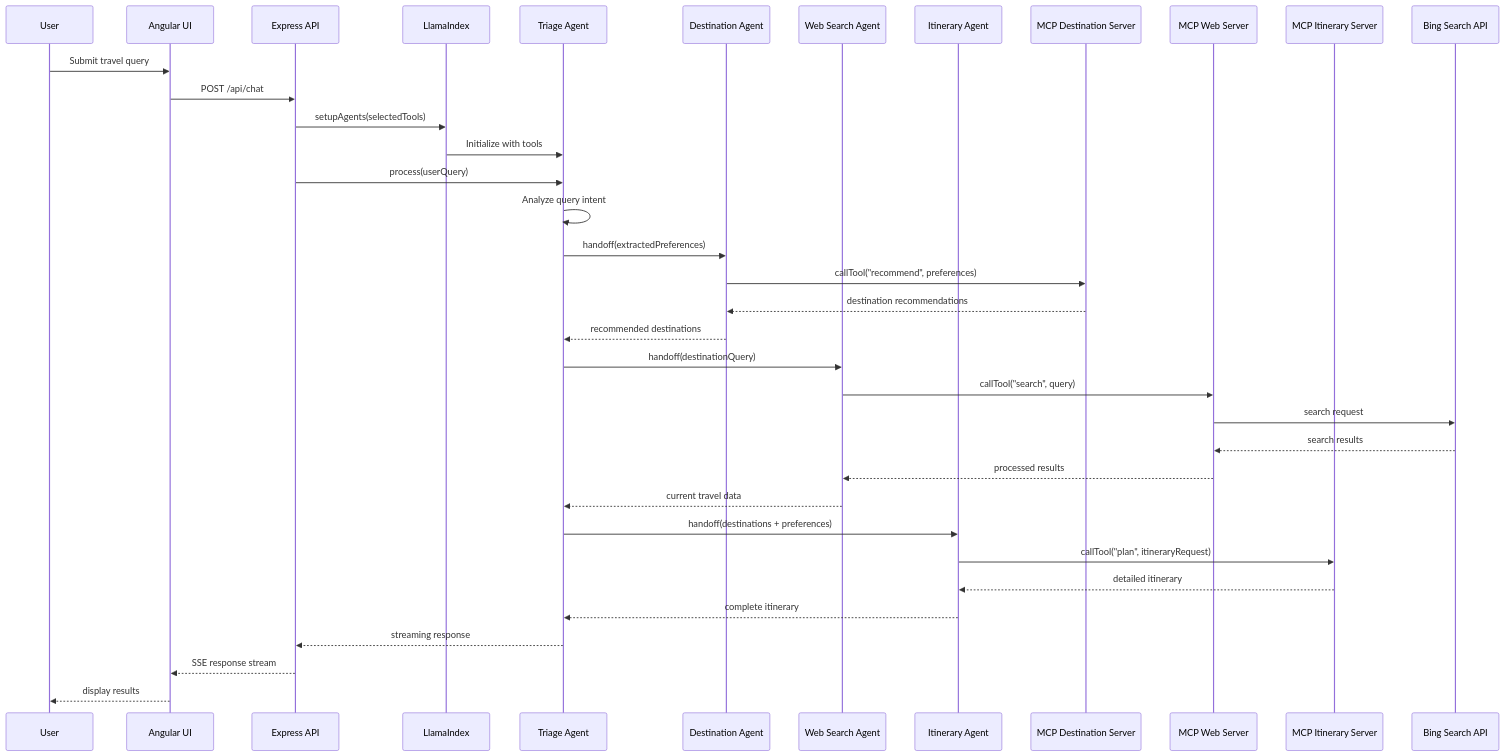
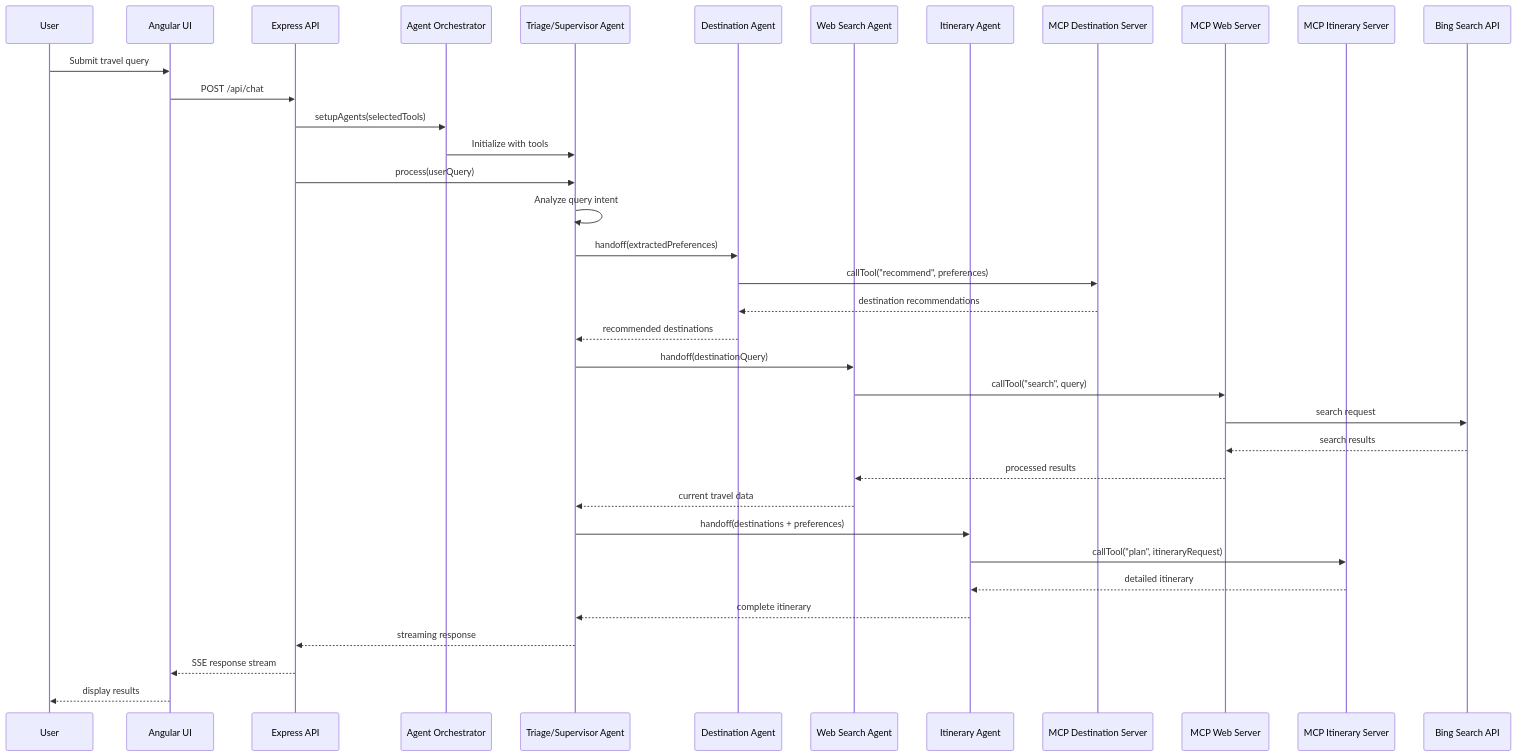
Before and after one commit to Azure-Samples/azure-ai-travel-agents: the first of 6 diagrams in docs/technical-architecture.md, drawn with Mermaid. The commit also changed other lines of this file and 7 other files, not shown here.

````diff
--- a/docs/technical-architecture.md
+++ b/docs/technical-architecture.md
@@ -506,44 +569,44 @@
 ```mermaid
 sequenceDiagram
     participant User
     participant UI as Angular UI
     participant API as Express API
-    participant Orchestrator as LlamaIndex
-    participant TriageAgent as Triage Agent
+    participant Orchestrator as Agent Orchestrator
+    participant TriageAgent as Triage/Supervisor Agent
     participant DestAgent as Destination Agent
     participant WebAgent as Web Search Agent
     participant ItinAgent as Itinerary Agent
     participant MCPDest as MCP Destination Server
     participant MCPWeb as MCP Web Server
     participant MCPItin as MCP Itinerary Server
     participant BingAPI as Bing Search API
 
     User->>UI: Submit travel query
     UI->>API: POST /api/chat
     API->>Orchestrator: setupAgents(selectedTools)
     Orchestrator->>TriageAgent: Initialize with tools
     
     API->>TriageAgent: process(userQuery)
     TriageAgent->>TriageAgent: Analyze query intent
     
     TriageAgent->>DestAgent: handoff(extractedPreferences)
     DestAgent->>MCPDest: callTool("recommend", preferences)
     MCPDest-->>DestAgent: destination recommendations
     DestAgent-->>TriageAgent: recommended destinations
     
     TriageAgent->>WebAgent: handoff(destinationQuery)
     WebAgent->>MCPWeb: callTool("search", query)
     MCPWeb->>BingAPI: search request
     BingAPI-->>MCPWeb: search results
     MCPWeb-->>WebAgent: processed results
     WebAgent-->>TriageAgent: current travel data
     
     TriageAgent->>ItinAgent: handoff(destinations + preferences)
     ItinAgent->>MCPItin: callTool("plan", itineraryRequest)
     MCPItin-->>ItinAgent: detailed itinerary
     ItinAgent-->>TriageAgent: complete itinerary
     
     TriageAgent-->>API: streaming response
     API-->>UI: SSE response stream
     UI-->>User: display results
 ```
````
